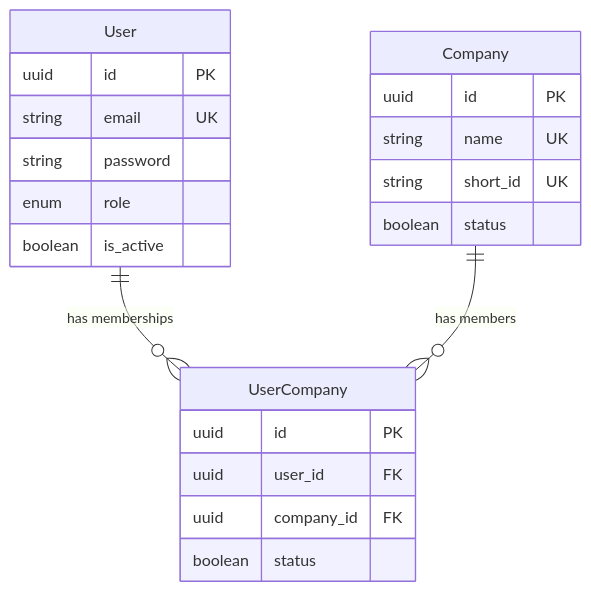
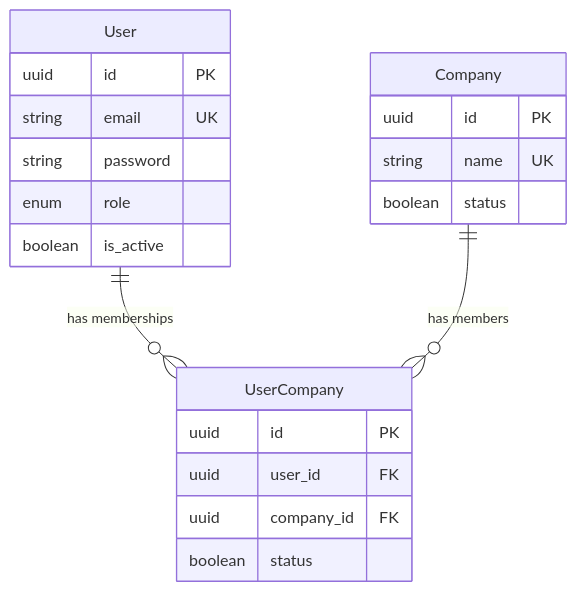
The diagram in .cursor/skills/create-entities/domain-model.md (DevPablo20/binder_app_backend), drawn with Mermaid before and after one commit. The commit also changed other lines of this file and 9 other files, not shown here.

````diff
--- a/.cursor/skills/create-entities/domain-model.md
+++ b/.cursor/skills/create-entities/domain-model.md
@@ -13,24 +13,23 @@
 ```mermaid
 erDiagram
     User ||--o{ UserCompany : "has memberships"
     Company ||--o{ UserCompany : "has members"
     User {
         uuid id PK
         string email UK
         string password
         enum role
         boolean is_active
     }
     Company {
         uuid id PK
         string name UK
-        string short_id UK
         boolean status
     }
     UserCompany {
         uuid id PK
         uuid user_id FK
         uuid company_id FK
         boolean status
     }
 ```
````
